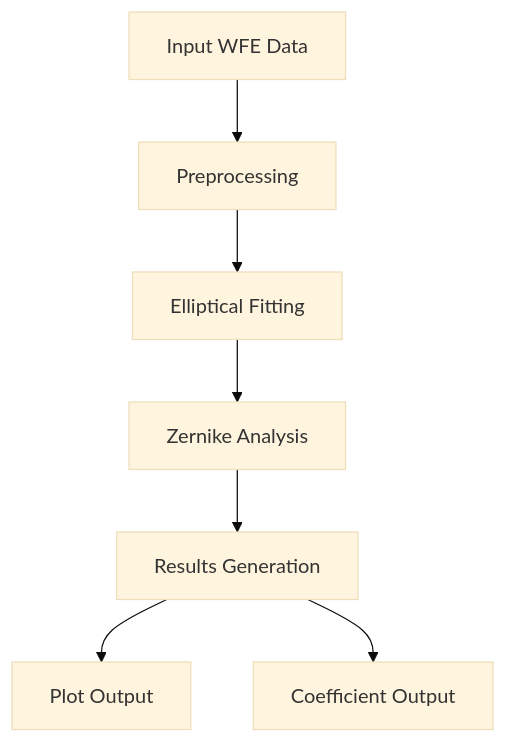
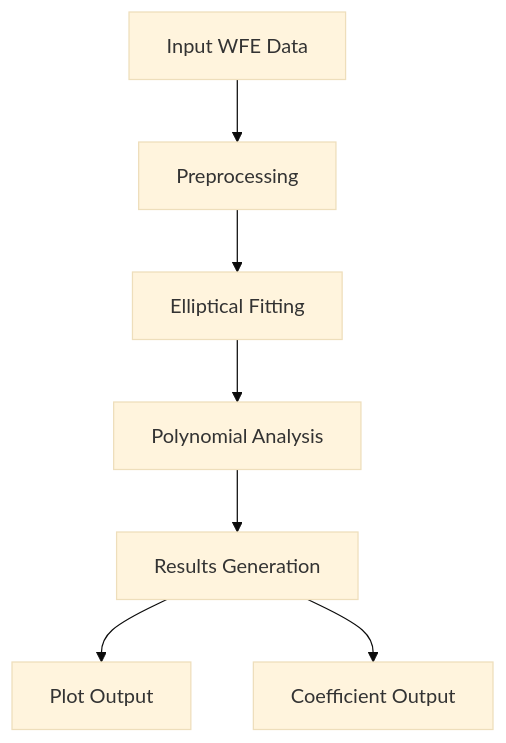
The diagram in README.md (arielmission-space/STOP-utils), drawn with Mermaid (base theme) before and after one commit. The commit also changed other lines of this file and 1 other file, not shown here.

Commit message:
Refactor README and WFE analysis to replace Zernike terminology with orthonormal polynomial terminology for consistency

````diff
--- a/README.md
+++ b/README.md
@@ -204,9 +204,9 @@
    ```mermaid
    graph TD
       A[Input WFE Data] --> B[Preprocessing]
       B --> C[Elliptical Fitting]
-      C --> D[Zernike Analysis]
+      C --> D[Polynomial Analysis]
       D --> E[Results Generation]
       E --> F[Plot Output]
       E --> G[Coefficient Output]
    ```
````
